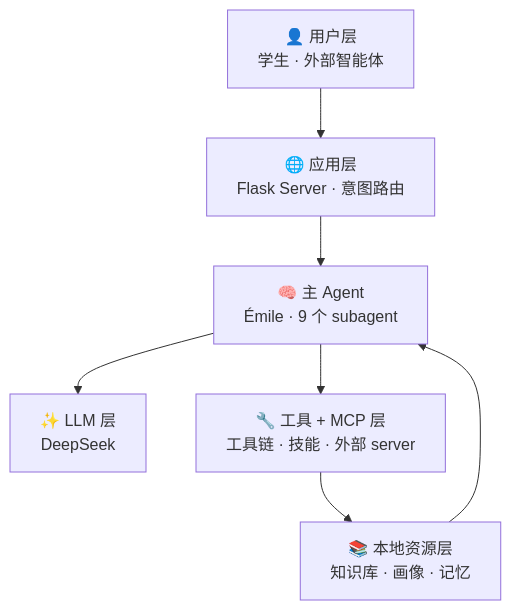
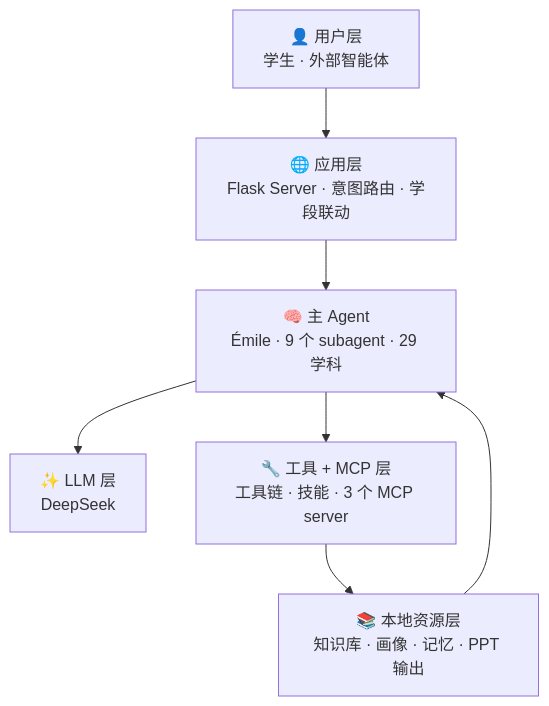
The first of 7 diagrams in ARCHITECTURE_LINKS.md (Golden2002/PAEG), drawn with Mermaid before and after one commit. The commit also changed other lines of this file, not shown here.

Commit message:
v0.25 文档更新：3 新学科+学段联动+PPT MCP+自我更新闭环 (ARCHITECTURE_LINKS.md)

````diff
--- a/ARCHITECTURE_LINKS.md
+++ b/ARCHITECTURE_LINKS.md
@@ -13,16 +14,16 @@
 ```mermaid
 flowchart TB
     L1["👤 用户层<br/>学生 · 外部智能体"]
-    L2["🌐 应用层<br/>Flask Server · 意图路由"]
-    L3["🧠 主 Agent<br/>Émile · 9 个 subagent"]
+    L2["🌐 应用层<br/>Flask Server · 意图路由 · 学段联动"]
+    L3["🧠 主 Agent<br/>Émile · 9 个 subagent · 29 学科"]
     L4["✨ LLM 层<br/>DeepSeek"]
-    L5["🔧 工具 + MCP 层<br/>工具链 · 技能 · 外部 server"]
-    L6["📚 本地资源层<br/>知识库 · 画像 · 记忆"]
+    L5["🔧 工具 + MCP 层<br/>工具链 · 技能 · 3 个 MCP server"]
+    L6["📚 本地资源层<br/>知识库 · 画像 · 记忆 · PPT 输出"]
 
     L1 --> L2
     L2 --> L3
     L3 --> L4
     L3 --> L5
     L5 --> L6
     L6 --> L3
 ```
````
